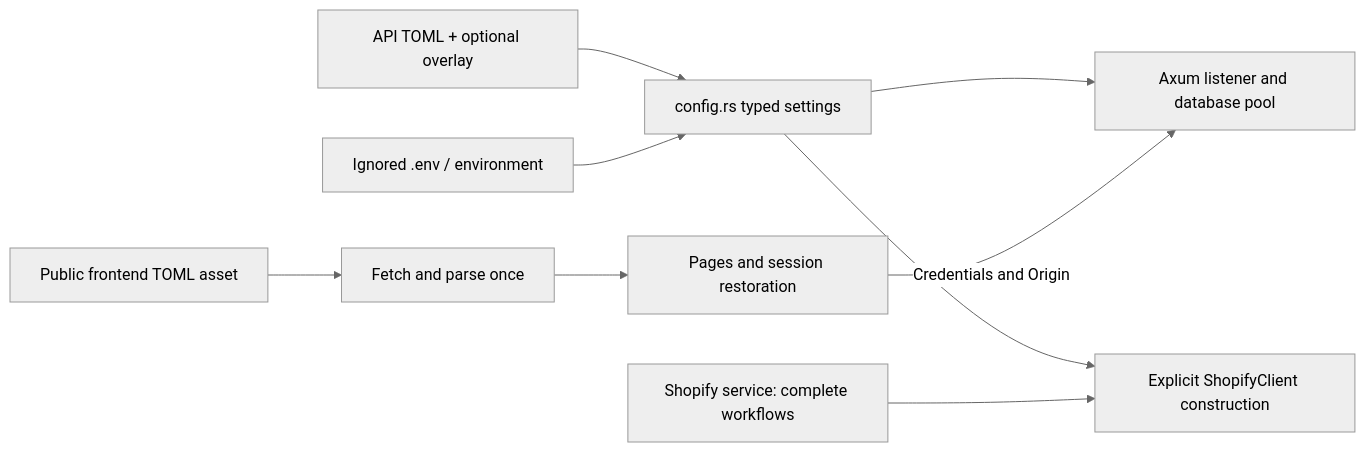
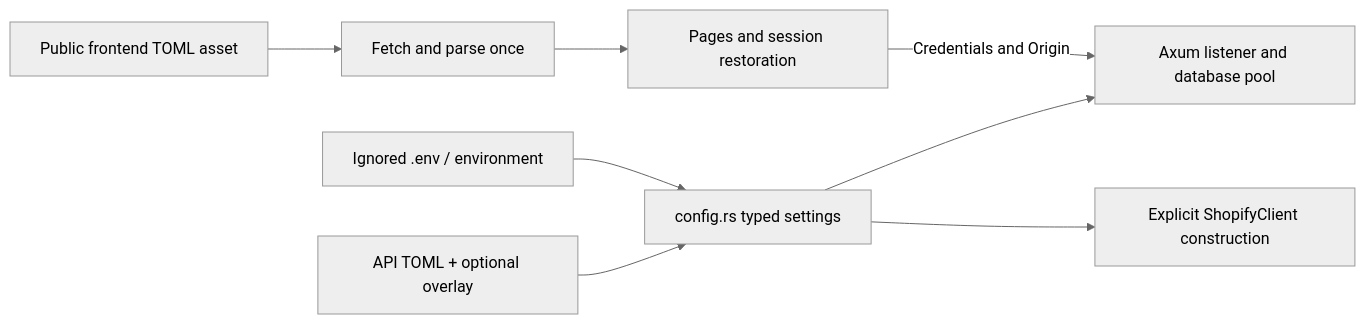
One commit to enzumeii/monolith changed the diagram in docs/development.md. Above: the diagram before and after it, drawn with Mermaid (neutral theme). The commit also changed other lines of this file and 19 other files, not shown here.

Commit message:
refactor(api): simplify Shopify client pagination and configuration

````diff
--- a/docs/development.md
+++ b/docs/development.md
@@ -23,11 +23,10 @@
 ```mermaid
 flowchart LR
     TOML["API TOML + optional overlay"] --> SETTINGS["config.rs typed settings"]
     SECRETS["Ignored .env / environment"] --> SETTINGS
     SETTINGS --> API["Axum listener and database pool"]
     SETTINGS --> CLIENT["Explicit ShopifyClient construction"]
-    SERVICE["Shopify service: complete workflows"] --> CLIENT
     ASSET["Public frontend TOML asset"] --> LOADER["Fetch and parse once"]
     LOADER --> UI["Pages and session restoration"]
     UI -->|"Credentials and Origin"| API
 ```
````
